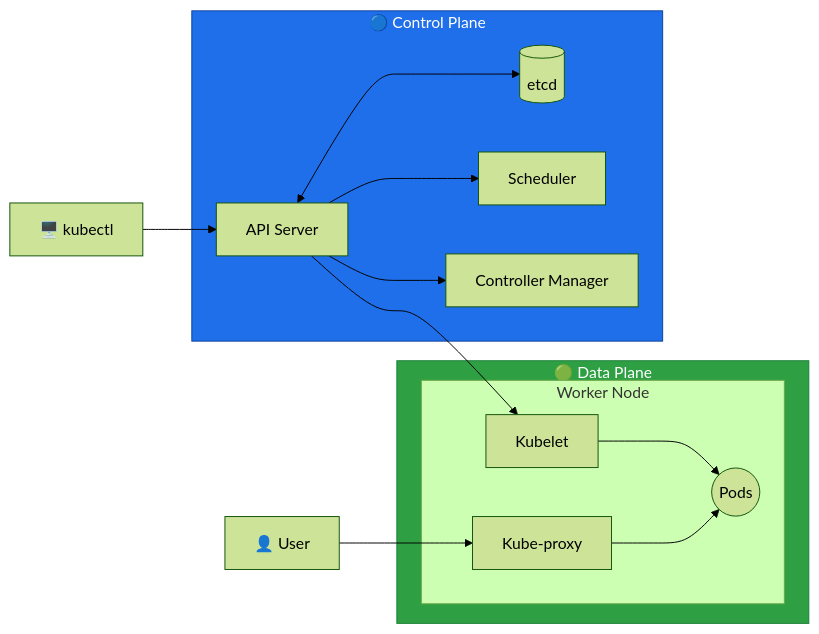
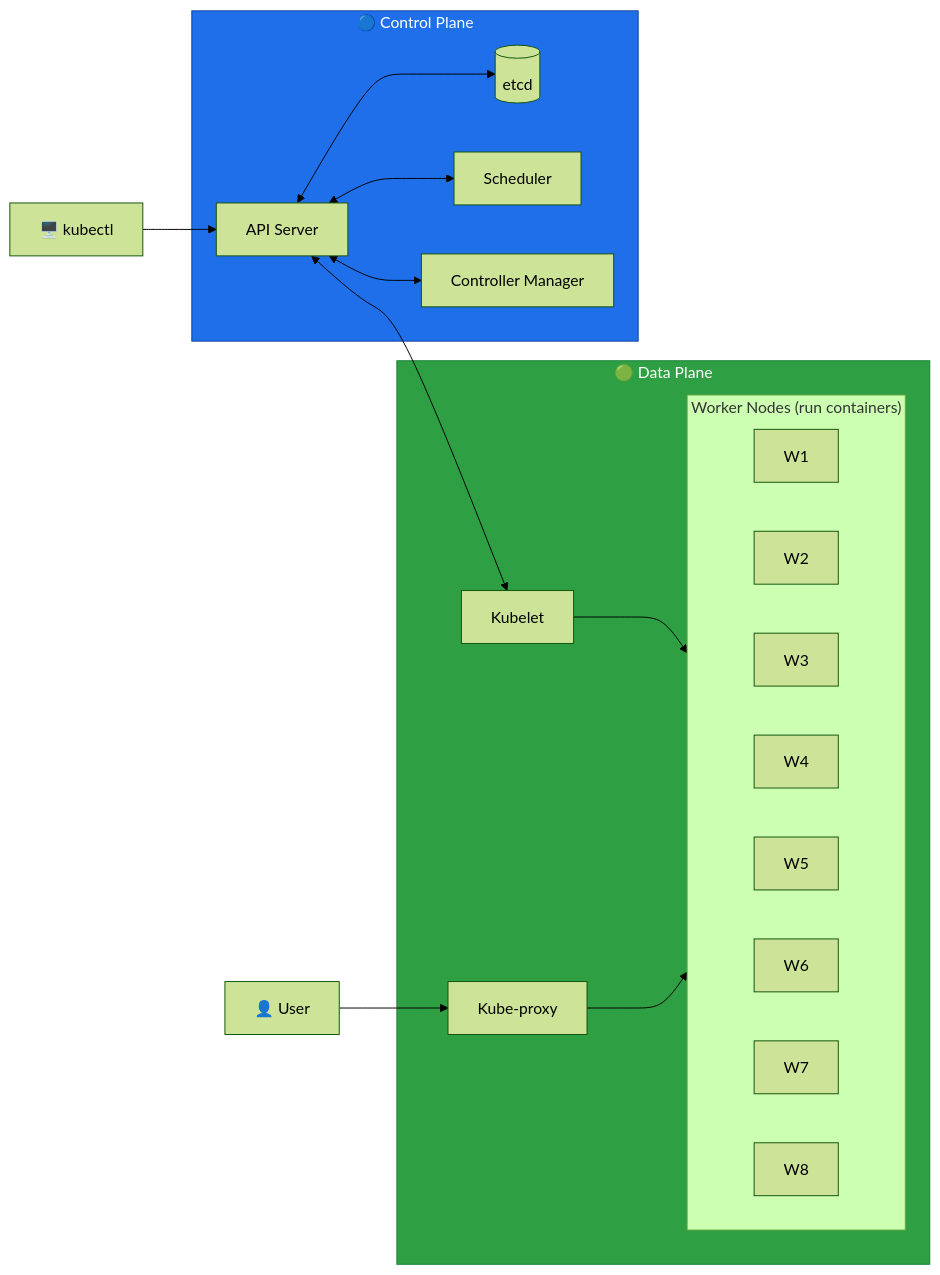
Before and after one commit to sumeetgaurav/devops-cheatsheet: the first of 2 diagrams in kubernetes cheat-sheet/kubernetes-architecture.md, drawn with Mermaid (forest theme).

Commit message:
Updated architecture diagram

````diff
--- a/kubernetes cheat-sheet/kubernetes-architecture.md
+++ b/kubernetes cheat-sheet/kubernetes-architecture.md
@@ -16,30 +16,38 @@
 ```mermaid
 flowchart LR
     KCTL["🖥️ kubectl"] --> API
 
     subgraph CP["🔵 Control Plane"]
         API["API Server"]
         ETCD[("etcd")]
         SCHED["Scheduler"]
         CM["Controller Manager"]
         API <--> ETCD
-        API --> SCHED
-        API --> CM
+        API <--> SCHED
+        API <--> CM
     end
 
     subgraph DP["🟢 Data Plane"]
-        subgraph WN["Worker Node"]
-            KUBELET["Kubelet"]
-            PROXY["Kube-proxy"]
-            POD(("Pods"))
-            KUBELET --> POD
-            PROXY --> POD
+        KUBELET["Kubelet"]
+        PROXY["Kube-proxy"]
+        subgraph WN["Worker Nodes (run containers)"]
+            direction LR
+            W1["W1"]
+            W2["W2"]
+            W3["W3"]
+            W4["W4"]
+            W5["W5"]
+            W6["W6"]
+            W7["W7"]
+            W8["W8"]
         end
+        KUBELET --> WN
+        PROXY --> WN
     end
 
-    API --> KUBELET
+    API <--> KUBELET
     USER["👤 User"] --> PROXY
 
     style CP fill:#1f6feb,color:#ffffff,stroke:#0d419d
     style DP fill:#2ea043,color:#ffffff,stroke:#1a7f37
 ```
````
